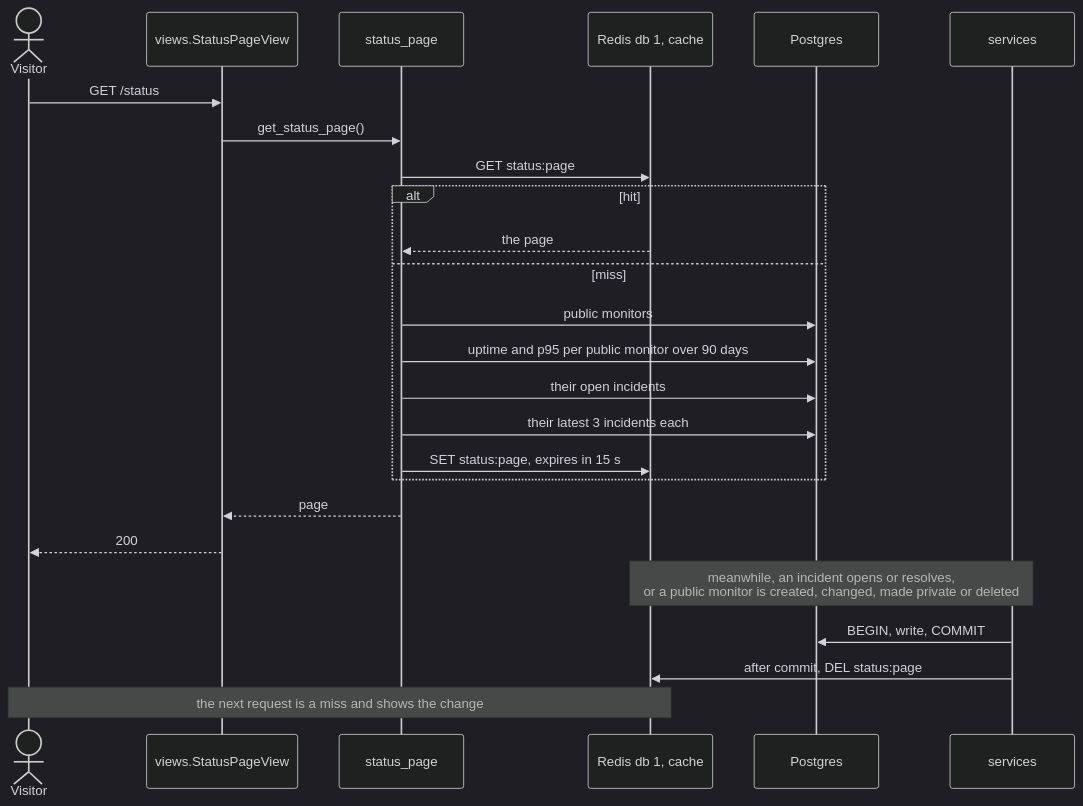
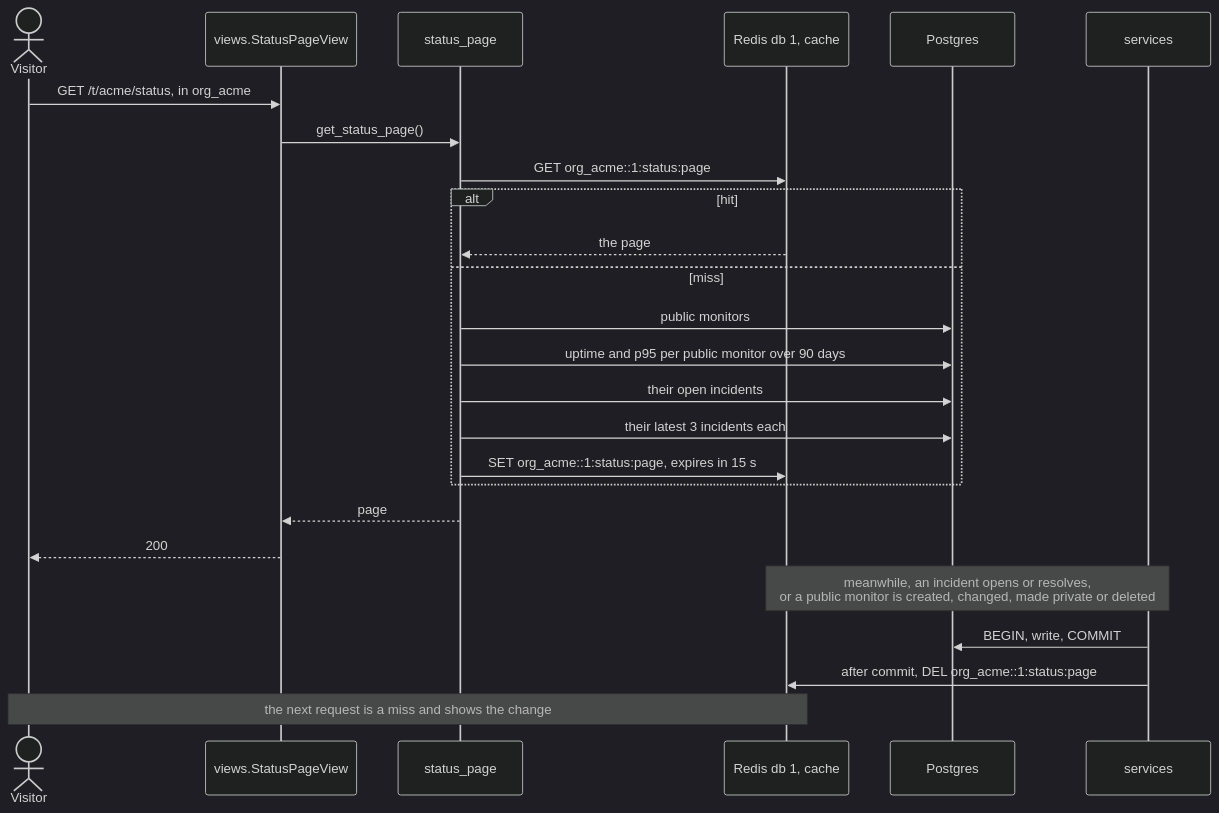
Before and after one commit to wbaghdadi20/pulse: diagram 11 of 13 in ARCHITECTURE.md, drawn with Mermaid (dark theme). The commit also changed other lines of this file, not shown here.

Commit message:
docs: the architecture with organizations, their schemas and the assignee

````diff
--- a/ARCHITECTURE.md
+++ b/ARCHITECTURE.md
@@ -578,29 +643,29 @@
 ```mermaid
 sequenceDiagram
     actor Visitor
     participant V as views.StatusPageView
     participant P as status_page
     participant C as Redis db 1, cache
     participant DB as Postgres
     participant S as services
 
-    Visitor->>V: GET /status
+    Visitor->>V: GET /t/acme/status, in org_acme
     V->>P: get_status_page()
-    P->>C: GET status:page
+    P->>C: GET org_acme::1:status:page
     alt hit
         C-->>P: the page
     else miss
         P->>DB: public monitors
         P->>DB: uptime and p95 per public monitor over 90 days
         P->>DB: their open incidents
         P->>DB: their latest 3 incidents each
-        P->>C: SET status:page, expires in 15 s
+        P->>C: SET org_acme::1:status:page, expires in 15 s
     end
     P-->>V: page
     V-->>Visitor: 200
 
     Note over S,C: meanwhile, an incident opens or resolves,<br/>or a public monitor is created, changed, made private or deleted
     S->>DB: BEGIN, write, COMMIT
-    S->>C: after commit, DEL status:page
+    S->>C: after commit, DEL org_acme::1:status:page
     Note over Visitor,C: the next request is a miss and shows the change
 ```
````
